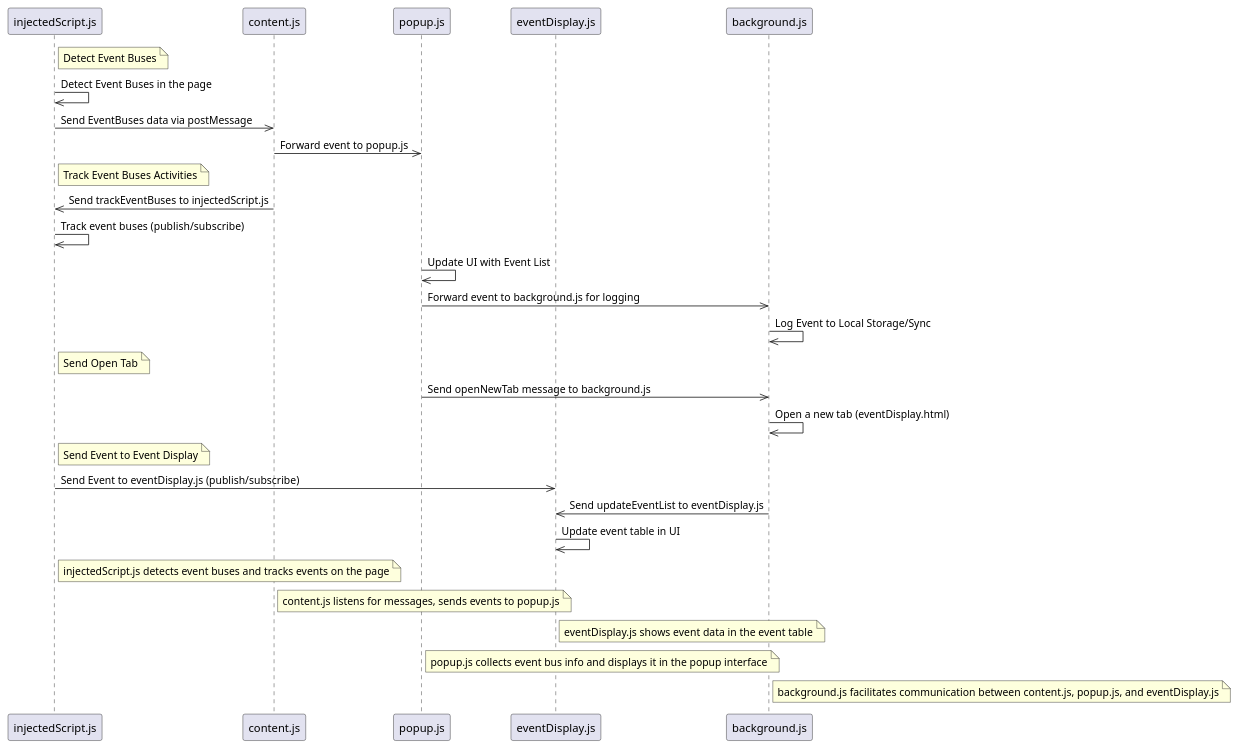
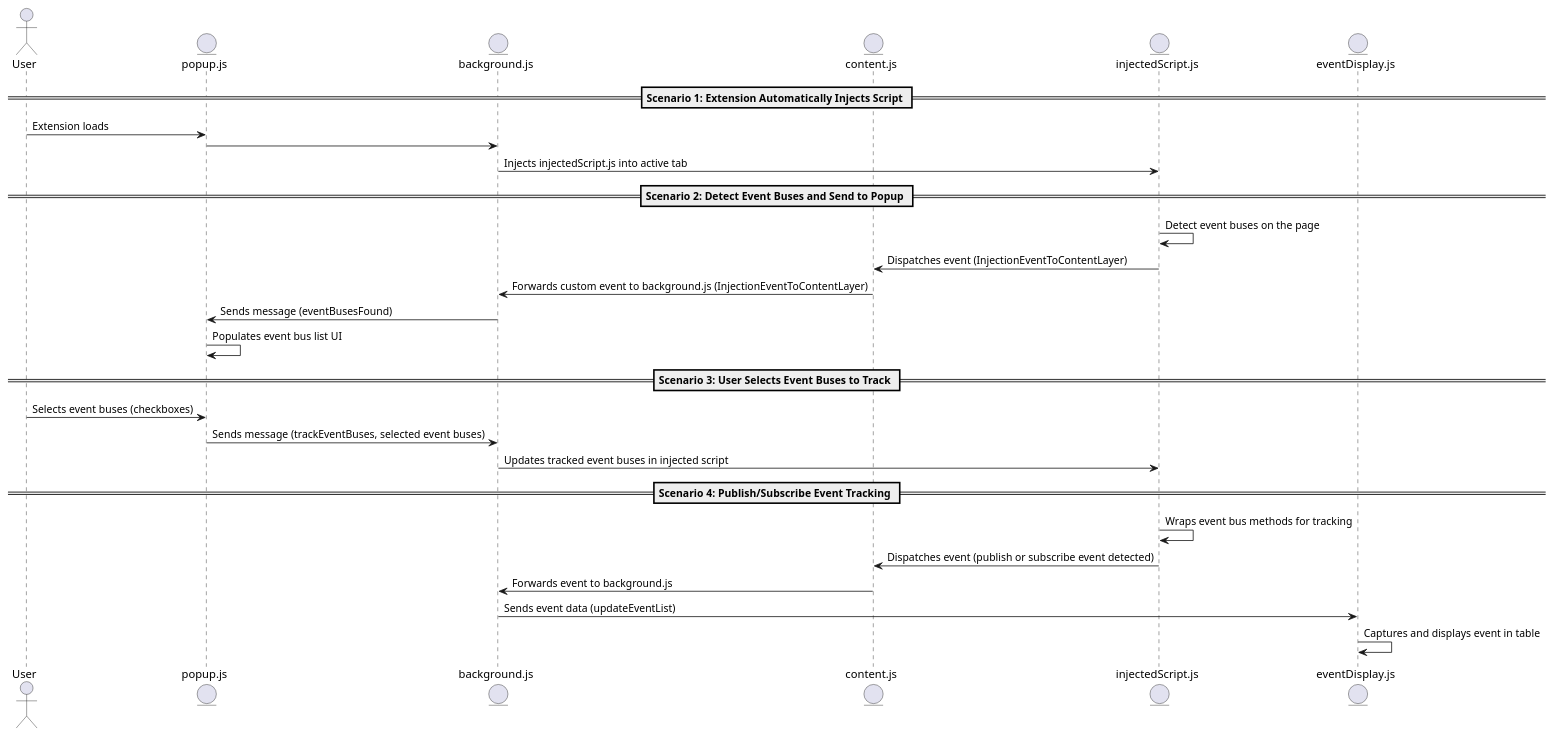
The diagram in README.md (anothermarkus/eventbusinspector), drawn with PlantUML before and after one commit. The commit also changed other lines of this file, not shown here.

```diff
--- a/README.md
+++ b/README.md
@@ -18,36 +19,36 @@
 @startuml
+actor User
 
-    participant injectedScript.js
-    participant content.js
-    participant popup.js
-    participant eventDisplay.js
-    participant background.js
+entity "popup.js" as popup
+entity "background.js" as background
+entity "content.js" as content
+entity "injectedScript.js" as injected
+entity "eventDisplay.js" as eventDisplay
 
-    note right of injectedScript.js: Detect Event Buses
-    injectedScript.js->>injectedScript.js: Detect Event Buses in the page
-    injectedScript.js->>content.js: Send EventBuses data via postMessage
-    content.js->>popup.js: Forward event to popup.js
+== Scenario 1: Extension Automatically Injects Script ==
+User -> popup : Extension loads
+popup -> background
+background -> injected : Injects injectedScript.js into active tab
 
-    note right of injectedScript.js: Track Event Buses Activities
-     content.js->>injectedScript.js: Send trackEventBuses to injectedScript.js
-    injectedScript.js->>injectedScript.js: Track event buses (publish/subscribe)
-    popup.js->>popup.js: Update UI with Event List
-    popup.js->>background.js: Forward event to background.js for logging
-    background.js->>background.js: Log Event to Local Storage/Sync
+== Scenario 2: Detect Event Buses and Send to Popup ==
+injected -> injected : Detect event buses on the page
+injected -> content : Dispatches event (InjectionEventToContentLayer)
+content -> background : Forwards custom event to background.js (InjectionEventToContentLayer)
+background -> popup : Sends message (eventBusesFound)
 
-    note right of injectedScript.js: Send Open Tab
-    popup.js->>background.js: Send openNewTab message to background.js
-    background.js->>background.js: Open a new tab (eventDisplay.html)
+popup -> popup : Populates event bus list UI
 
-    note right of injectedScript.js: Send Event to Event Display
-    injectedScript.js->>eventDisplay.js: Send Event to eventDisplay.js (publish/subscribe)
-    background.js->>eventDisplay.js: Send updateEventList to eventDisplay.js
-    eventDisplay.js->>eventDisplay.js: Update event table in UI
-  
+== Scenario 3: User Selects Event Buses to Track ==
+User -> popup : Selects event buses (checkboxes)
+popup -> background : Sends message (trackEventBuses, selected event buses)
+background -> injected : Updates tracked event buses in injected script
 
-    note right of injectedScript.js: injectedScript.js detects event buses and tracks events on the page
-    note right of content.js: content.js listens for messages, sends events to popup.js
-    note right of eventDisplay.js: eventDisplay.js shows event data in the event table
-    note right of popup.js: popup.js collects event bus info and displays it in the popup interface
-    note right of background.js: background.js facilitates communication between content.js, popup.js, and eventDisplay.js
+== Scenario 4: Publish/Subscribe Event Tracking ==
+injected -> injected : Wraps event bus methods for tracking
+injected -> content : Dispatches event (publish or subscribe event detected)
+content -> background : Forwards event to background.js
+background -> eventDisplay : Sends event data (updateEventList)
+
+eventDisplay -> eventDisplay : Captures and displays event in table
+
 @enduml
```
